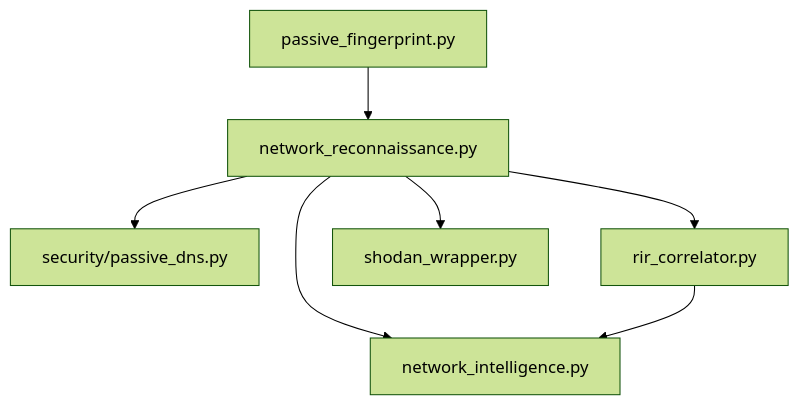
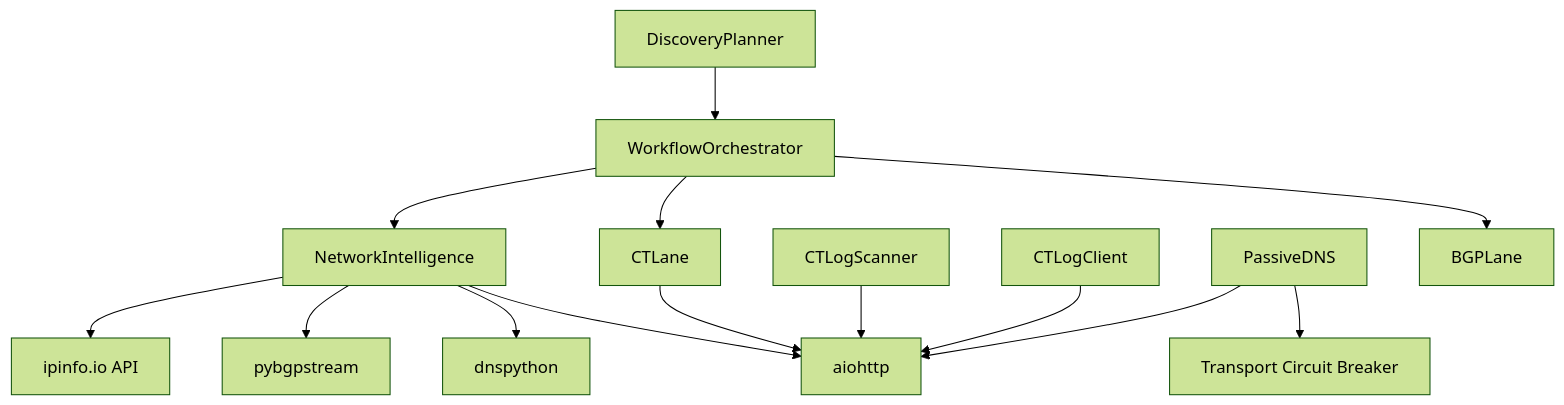
One commit to Hamulda/hledac-universal changed the ninth of 9 diagrams in .qoder/repowiki/en/content/Intelligence Modules/Network Intelligence.md. Above: the diagram before and after it, drawn with Mermaid (forest theme). The commit also changed other lines of this file and 236 other files, not shown here.

````diff
--- a/.qoder/repowiki/en/content/Intelligence Modules/Network Intelligence.md
+++ b/.qoder/repowiki/en/content/Intelligence Modules/Network Intelligence.md
@@ -335,9 +335,16 @@
 ```mermaid
 graph TB
-NR["network_reconnaissance.py"] --> NI["network_intelligence.py"]
-NR --> PD["security/passive_dns.py"]
-NR --> RC["rir_correlator.py"]
-NR --> SW["shodan_wrapper.py"]
-PF["passive_fingerprint.py"] --> NR
-RC --> NI
+NI["NetworkIntelligence"] --> AIOHTTP["aiohttp"]
+NI --> DNSPY["dnspython"]
+NI --> PYBGP["pybgpstream"]
+NI --> IPINFO["ipinfo.io API"]
+CTL["CTLane"] --> AIOHTTP
+CTS["CTLogScanner"] --> AIOHTTP
+CTC["CTLogClient"] --> AIOHTTP
+PD["PassiveDNS"] --> AIOHTTP
+PD --> CB["Transport Circuit Breaker"]
+WF["WorkflowOrchestrator"] --> BL["BGPLane"]
+WF --> CTL
+WF --> NI
+DP["DiscoveryPlanner"] --> WF
 ```
````
